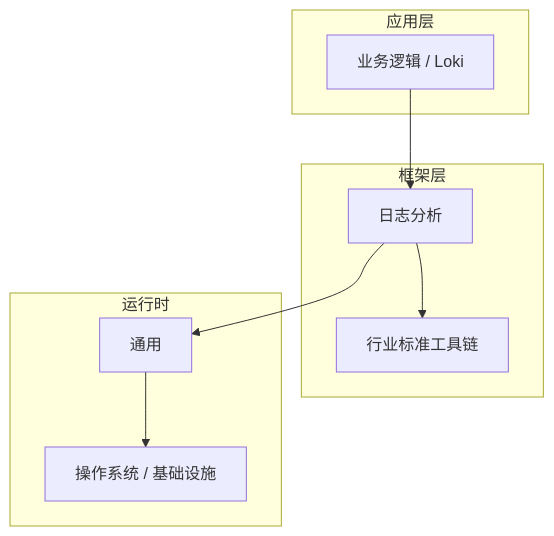
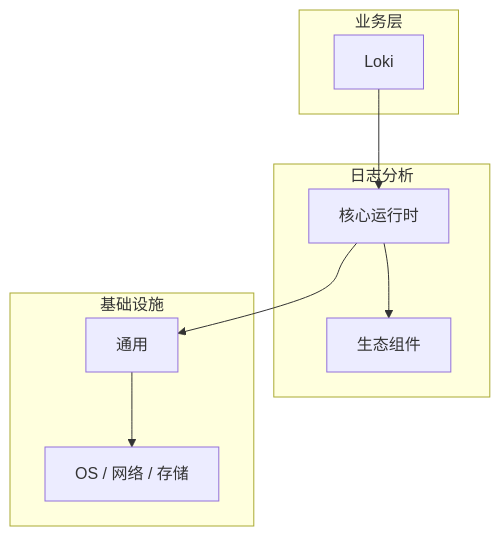
The diagram in articles/日志分析/chapters/041-Loki核心概念与原理.md (yanggan2015/knowledge-json-v2), drawn with Mermaid before and after one commit. The commit also changed other lines of this file and 10127 other files, not shown here.

````diff
--- a/articles/日志分析/chapters/041-Loki核心概念与原理.md
+++ b/articles/日志分析/chapters/041-Loki核心概念与原理.md
@@ -45,18 +34,18 @@
 ```mermaid
 graph TB
-    subgraph 应用层
-        A[业务逻辑 / Loki]
+    subgraph 业务层
+        A[Loki]
     end
-    subgraph 框架层
-        B[日志分析]
-        C[行业标准工具链]
+    subgraph 日志分析
+        B[核心运行时]
+        C[生态组件]
     end
-    subgraph 运行时
+    subgraph 基础设施
         D[通用]
-        E[操作系统 / 基础设施]
+        E[OS / 网络 / 存储]
     end
     A --> B
     B --> C
     B --> D
     D --> E
 ```
````
